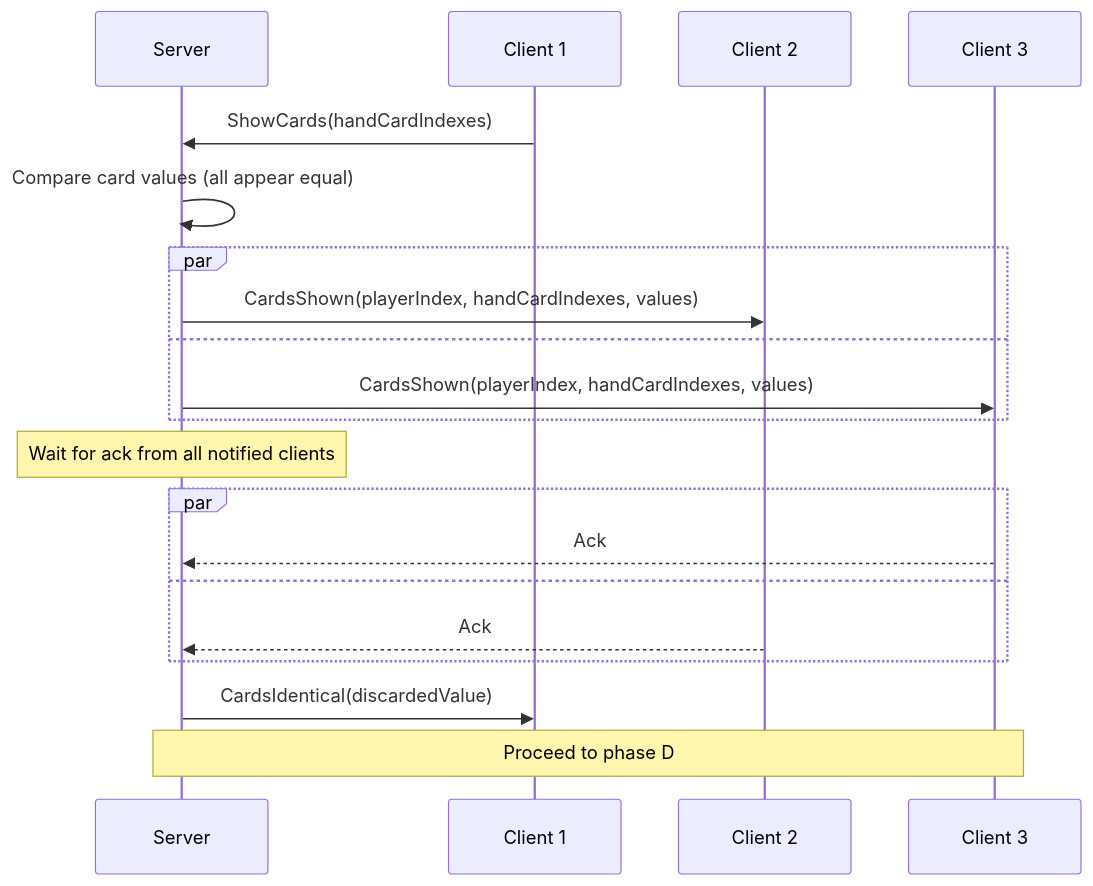
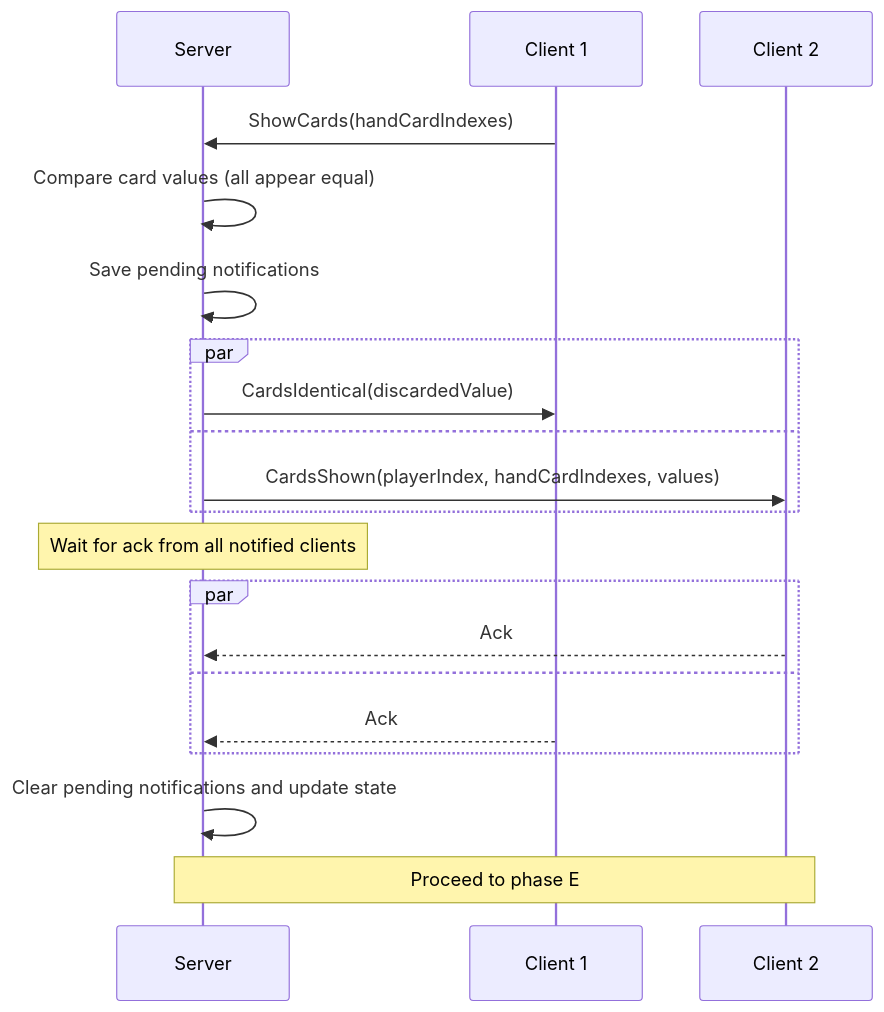
The fifth of 14 diagrams in README.md (roman-zubarevich/another), drawn with Mermaid before and after one commit. The commit also changed other lines of this file, not shown here.

````diff
--- a/README.md
+++ b/README.md
@@ -102,22 +111,22 @@
 ```mermaid
 sequenceDiagram
     participant S as Server
     participant C1 as Client 1
     participant C2 as Client 2
-    participant C3 as Client 3
     C1->>S: ShowCards(handCardIndexes)
     S->>S: Compare card values (all appear equal)
+    S->>S: Save pending notifications
     par
+        S->>C1: CardsIdentical(discardedValue)
+    and
         S->>C2: CardsShown(playerIndex, handCardIndexes, values)
-    and
-        S->>C3: CardsShown(playerIndex, handCardIndexes, values)
     end
     Note over S: Wait for ack from all notified clients
     par
-        C3-->>S: Ack
+        C2-->>S: Ack
     and
-        C2-->>S: Ack
+        C1-->>S: Ack
     end
-    S->>C1: CardsIdentical(discardedValue)
-    Note over S,C3: Proceed to phase D
+    S->>S: Clear pending notifications and update state
+    Note over S,C2: Proceed to phase E
 ```
````
